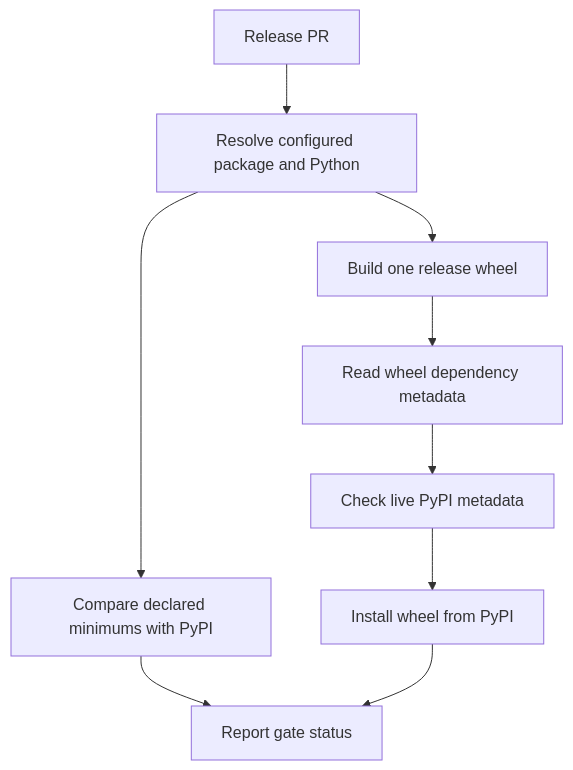
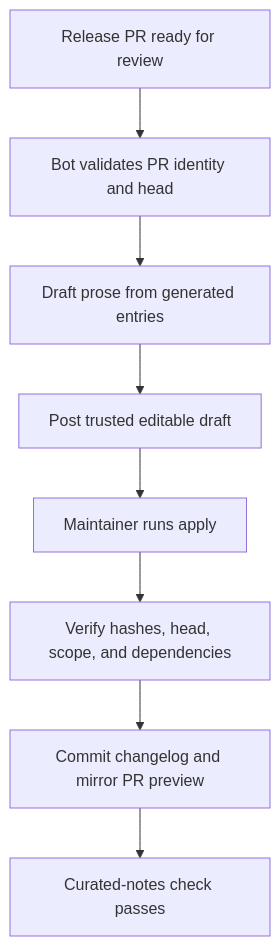
One commit to langchain-ai/deepagents changed the second of 3 diagrams in openwiki/operations/development.md. Above: the diagram before and after it, drawn with Mermaid. The commit also changed other lines of this file and 34 other files, not shown here.

````diff
--- a/openwiki/operations/development.md
+++ b/openwiki/operations/development.md
@@ -136,11 +139,10 @@
 ```mermaid
 flowchart TD
-    PR["Release PR"] --> Target["Resolve configured package and Python"]
-    Target --> Fresh["Compare declared minimums with PyPI"]
-    Target --> Build["Build one release wheel"]
-    Build --> Metadata["Read wheel dependency metadata"]
-    Metadata --> Check["Check live PyPI metadata"]
-    Check --> Install["Install wheel from PyPI"]
-    Fresh --> Result["Report gate status"]
-    Install --> Result
+    Ready["Release PR ready for review"] --> Draft["Bot validates PR identity and head"]
+    Draft --> Model["Draft prose from generated entries"]
+    Model --> Comment["Post trusted editable draft"]
+    Comment --> Apply["Maintainer runs apply"]
+    Apply --> Verify["Verify hashes, head, scope, and dependencies"]
+    Verify --> Write["Commit changelog and mirror PR preview"]
+    Write --> Gate["Curated-notes check passes"]
 ```
````
